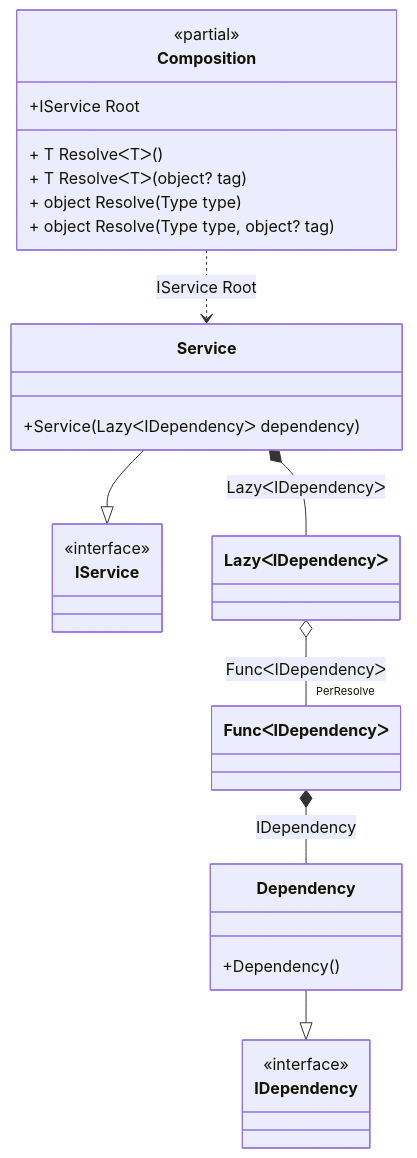
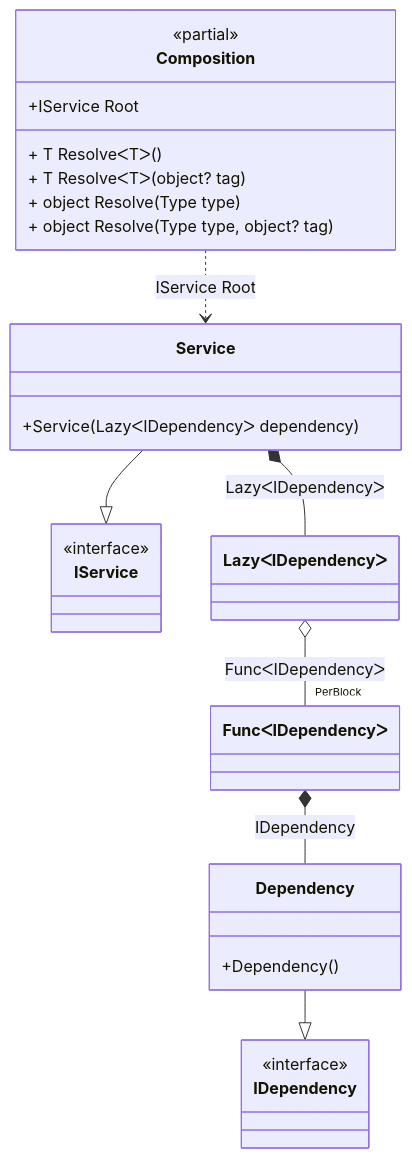
Before and after one commit to DevTeam/Pure.DI: the diagram in readme/lazy.md, drawn with Mermaid. The commit also changed other lines of this file and 33 other files, not shown here.

````diff
--- a/readme/lazy.md
+++ b/readme/lazy.md
@@ -200,31 +187,31 @@
 ```mermaid
 classDiagram
 	class Composition {
 		<<partial>>
 		+IService Root
 		+ T ResolveᐸTᐳ()
 		+ T ResolveᐸTᐳ(object? tag)
 		+ object Resolve(Type type)
 		+ object Resolve(Type type, object? tag)
 	}
 	Dependency --|> IDependency
 	class Dependency {
 		+Dependency()
 	}
 	Service --|> IService
 	class Service {
 		+Service(LazyᐸIDependencyᐳ dependency)
 	}
 	class LazyᐸIDependencyᐳ
 	class FuncᐸIDependencyᐳ
 	class IDependency {
 		<<interface>>
 	}
 	class IService {
 		<<interface>>
 	}
 	Composition ..> Service : IService Root
 	Service *--  LazyᐸIDependencyᐳ : LazyᐸIDependencyᐳ
-	LazyᐸIDependencyᐳ o-- "PerResolve" FuncᐸIDependencyᐳ : FuncᐸIDependencyᐳ
+	LazyᐸIDependencyᐳ o-- "PerBlock" FuncᐸIDependencyᐳ : FuncᐸIDependencyᐳ
 	FuncᐸIDependencyᐳ *--  Dependency : IDependency
 ```
````
